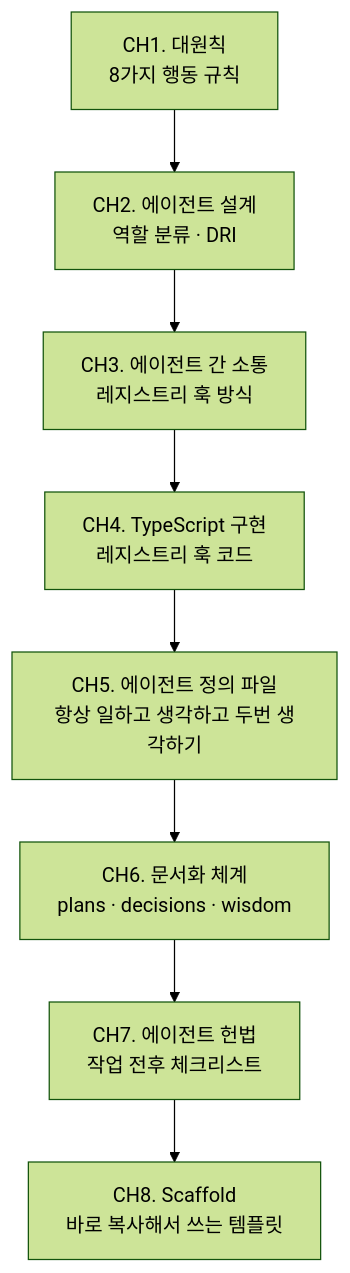
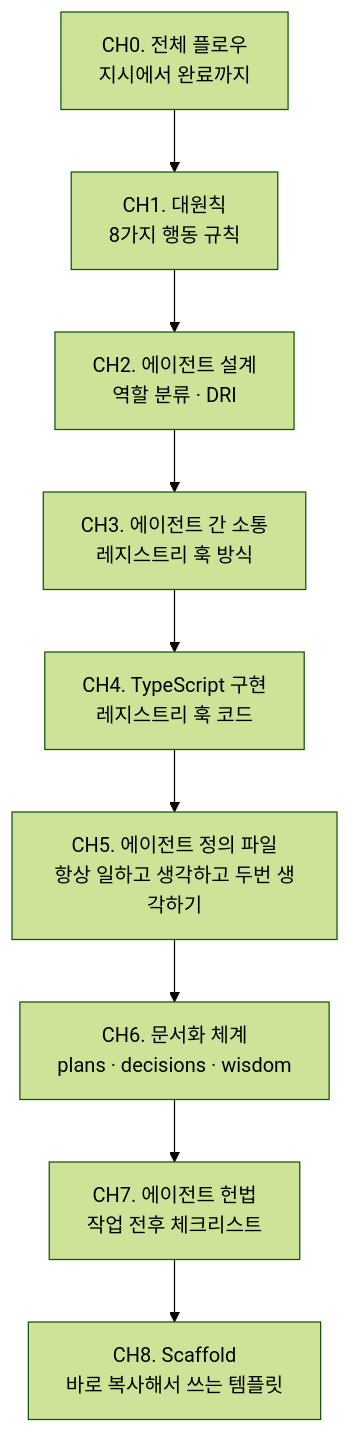
Before and after one commit to hobeen-kim/hobeen-kim.github.io: the diagram in docs/_study/ai-agent-workflow/README.md, drawn with Mermaid (forest theme). The commit also changed other lines of this file and 3 other files, not shown here.

````diff
--- a/docs/_study/ai-agent-workflow/README.md
+++ b/docs/_study/ai-agent-workflow/README.md
@@ -42,19 +42,21 @@
 ```mermaid
 flowchart TD
+    CH0[CH0. 전체 플로우<br>지시에서 완료까지]
     CH1[CH1. 대원칙<br>8가지 행동 규칙]
     CH2[CH2. 에이전트 설계<br>역할 분류 · DRI]
     CH3[CH3. 에이전트 간 소통<br>레지스트리 훅 방식]
     CH4[CH4. TypeScript 구현<br>레지스트리 훅 코드]
     CH5[CH5. 에이전트 정의 파일<br>항상 일하고 생각하고 두번 생각하기]
     CH6[CH6. 문서화 체계<br>plans · decisions · wisdom]
     CH7[CH7. 에이전트 헌법<br>작업 전후 체크리스트]
     CH8[CH8. Scaffold<br>바로 복사해서 쓰는 템플릿]
 
+    CH0 --> CH1
     CH1 --> CH2
     CH2 --> CH3
     CH3 --> CH4
     CH4 --> CH5
     CH5 --> CH6
     CH6 --> CH7
     CH7 --> CH8
 ```
````
